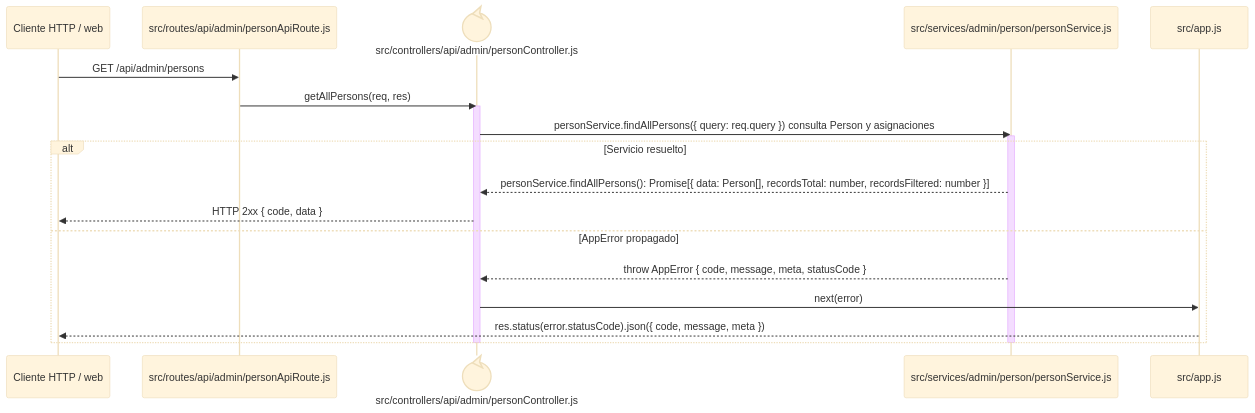
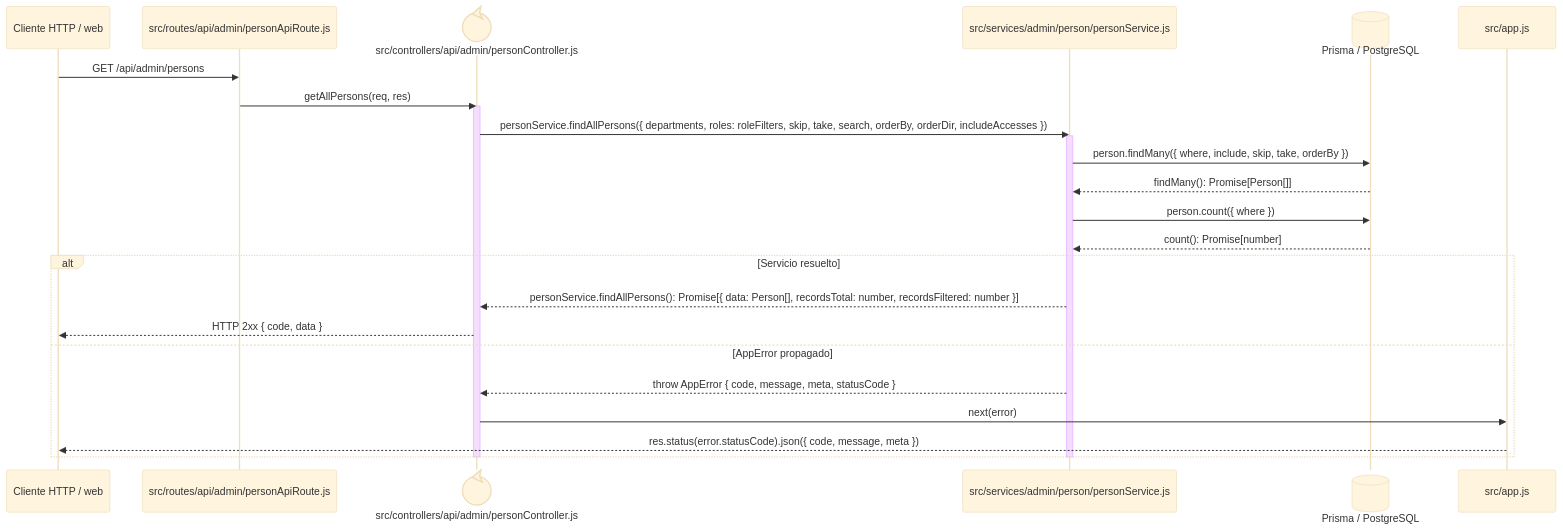
Before and after one commit to gpgsistemas01/nexus: the diagram in docs/architecture/backend-code-sequences/identity-access/cu-ida-01.md, drawn with Mermaid (base theme). The commit also changed 22 other files, not shown here.

````diff
--- a/docs/architecture/backend-code-sequences/identity-access/cu-ida-01.md
+++ b/docs/architecture/backend-code-sequences/identity-access/cu-ida-01.md
@@ -6,24 +6,29 @@
 ```mermaid
 sequenceDiagram
     participant Client as Cliente HTTP / web
     participant Route as src/routes/api/admin/personApiRoute.js
     participant Controller@{ "type": "control" } as src/controllers/api/admin/personController.js
     participant Domain as src/services/admin/person/personService.js
+    participant Prisma@{ "type": "database" } as Prisma / PostgreSQL
     participant ErrorHandler as src/app.js
 
     Client->>Route: GET /api/admin/persons
     Route->>Controller: getAllPersons(req, res)
     activate Controller
-    Controller->>Domain: personService.findAllPersons({ query: req.query }) consulta Person y asignaciones
+    Controller->>Domain: personService.findAllPersons({ departments, roles: roleFilters, skip, take, search, orderBy, orderDir, includeAccesses })
     activate Domain
+    Domain->>Prisma: person.findMany({ where, include, skip, take, orderBy })
+    Prisma-->>Domain: findMany(): Promise[Person[]]
+    Domain->>Prisma: person.count({ where })
+    Prisma-->>Domain: count(): Promise[number]
     alt Servicio resuelto
         Domain-->>Controller: personService.findAllPersons(): Promise[{ data: Person[], recordsTotal: number, recordsFiltered: number }]
         Controller-->>Client: HTTP 2xx { code, data }
     else AppError propagado
         Domain-->>Controller: throw AppError { code, message, meta, statusCode }
         Controller->>ErrorHandler: next(error)
         ErrorHandler-->>Client: res.status(error.statusCode).json({ code, message, meta })
     end
     deactivate Domain
     deactivate Controller
 ```
````
